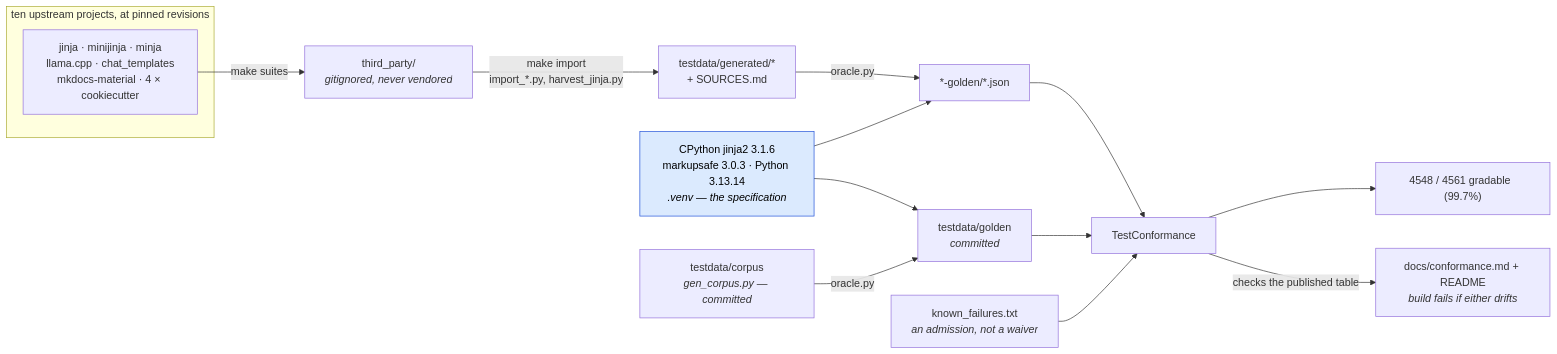
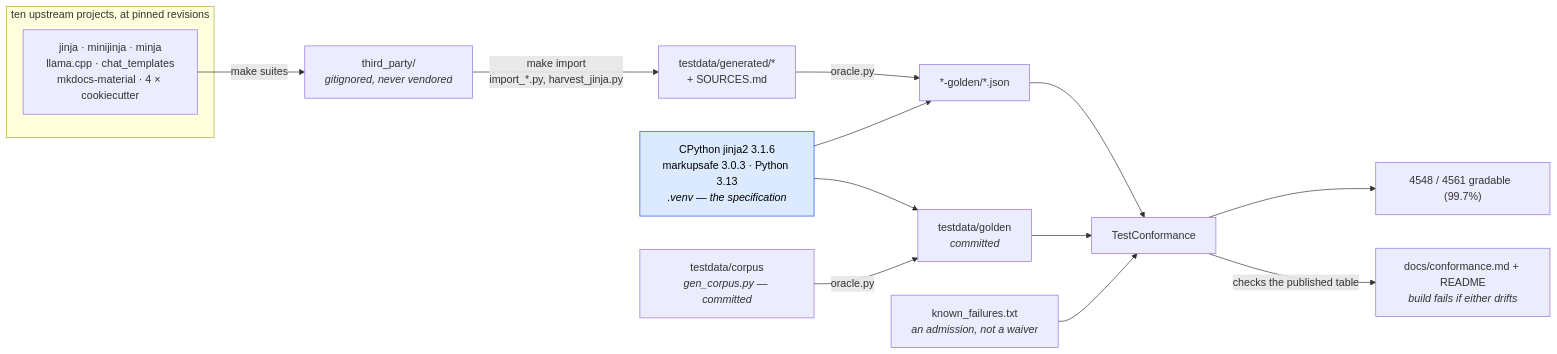
The first of 2 diagrams in docs/conformance.md (mgilbir/gojja2), drawn with Mermaid before and after one commit. The commit also changed 2331 other files, not shown here.

````diff
--- a/docs/conformance.md
+++ b/docs/conformance.md
@@ -17,24 +17,24 @@
 ```mermaid
 flowchart LR
     subgraph up["ten upstream projects, at pinned revisions"]
         U1["jinja · minijinja · minja<br/>llama.cpp · chat_templates<br/>mkdocs-material · 4 × cookiecutter"]
     end
     U1 -->|"make suites"| TP["third_party/<br/><i>gitignored, never vendored</i>"]
     TP -->|"make import<br/>import_*.py, harvest_jinja.py"| GEN["testdata/generated/*<br/>+ SOURCES.md"]
 
-    ORA["CPython jinja2 3.1.6<br/>markupsafe 3.0.3 · Python 3.13.14<br/><i>.venv — the specification</i>"]
+    ORA["CPython jinja2 3.1.6<br/>markupsafe 3.0.3 · Python 3.13<br/><i>.venv — the specification</i>"]
     GEN -->|"oracle.py"| G2["*-golden/*.json"]
     ORA --> G2
 
     OWN["testdata/corpus<br/><i>gen_corpus.py — committed</i>"] -->|"oracle.py"| G1["testdata/golden<br/><i>committed</i>"]
     ORA --> G1
 
     G1 --> TC["TestConformance"]
     G2 --> TC
     KF["known_failures.txt<br/><i>an admission, not a waiver</i>"] --> TC
     TC --> RATE["4548 / 4561 gradable  (99.7%)"]
     TC -->|"checks the published table"| RM["docs/conformance.md + README<br/><i>build fails if either drifts</i>"]
 
     classDef spec fill:#dbeafe,stroke:#1d4ed8,color:#000
     class ORA spec
 ```
````
